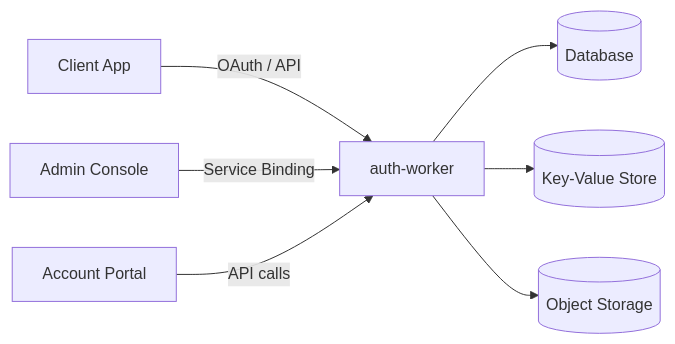
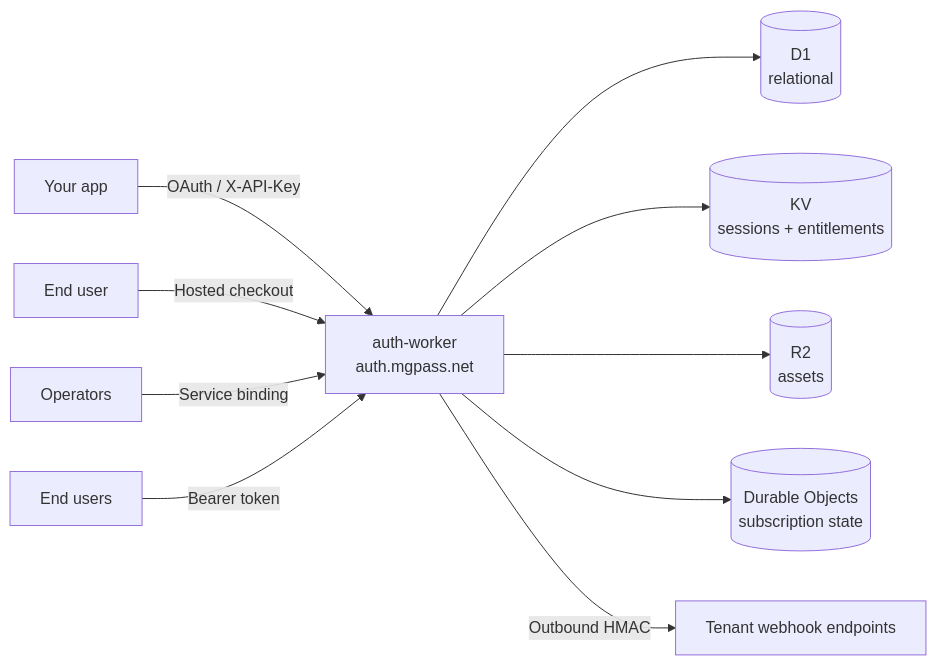
One commit to mgdmdev/docs changed the diagram in guides/overview.mdx. Above: the diagram before and after it, drawn with Mermaid. The commit also changed other lines of this file and 3 other files, not shown here.

````diff
--- a/guides/overview.mdx
+++ b/guides/overview.mdx
@@ -14,9 +15,12 @@
 ```mermaid
 graph LR
-    Client[Client App] -->|OAuth / API| AW[auth-worker]
-    Admin[Admin Console] -->|Service Binding| AW
-    Account[Account Portal] -->|API calls| AW
-    AW --> DB[(Database)]
-    AW --> KV[(Key-Value Store)]
-    AW --> Storage[(Object Storage)]
+    Client[Your app] -->|OAuth / X-API-Key| AW[auth-worker<br/>auth.mgpass.net]
+    Pay[End user] -->|Hosted checkout| AW
+    Admin[Operators] -->|Service binding| AW
+    Account[End users] -->|Bearer token| AW
+    AW --> D1[(D1<br/>relational)]
+    AW --> KV[(KV<br/>sessions + entitlements)]
+    AW --> R2[(R2<br/>assets)]
+    AW --> DO[(Durable Objects<br/>subscription state)]
+    AW -->|Outbound HMAC| Webhooks[Tenant webhook endpoints]
 ```
````
